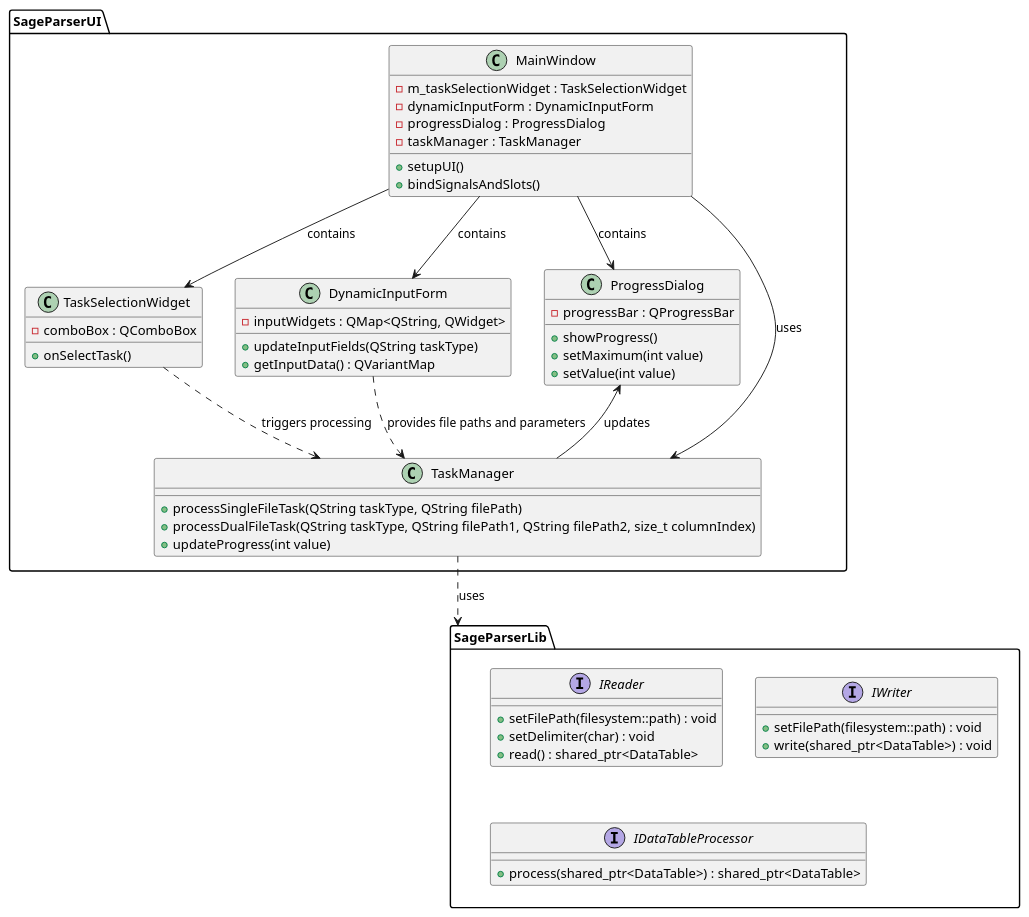
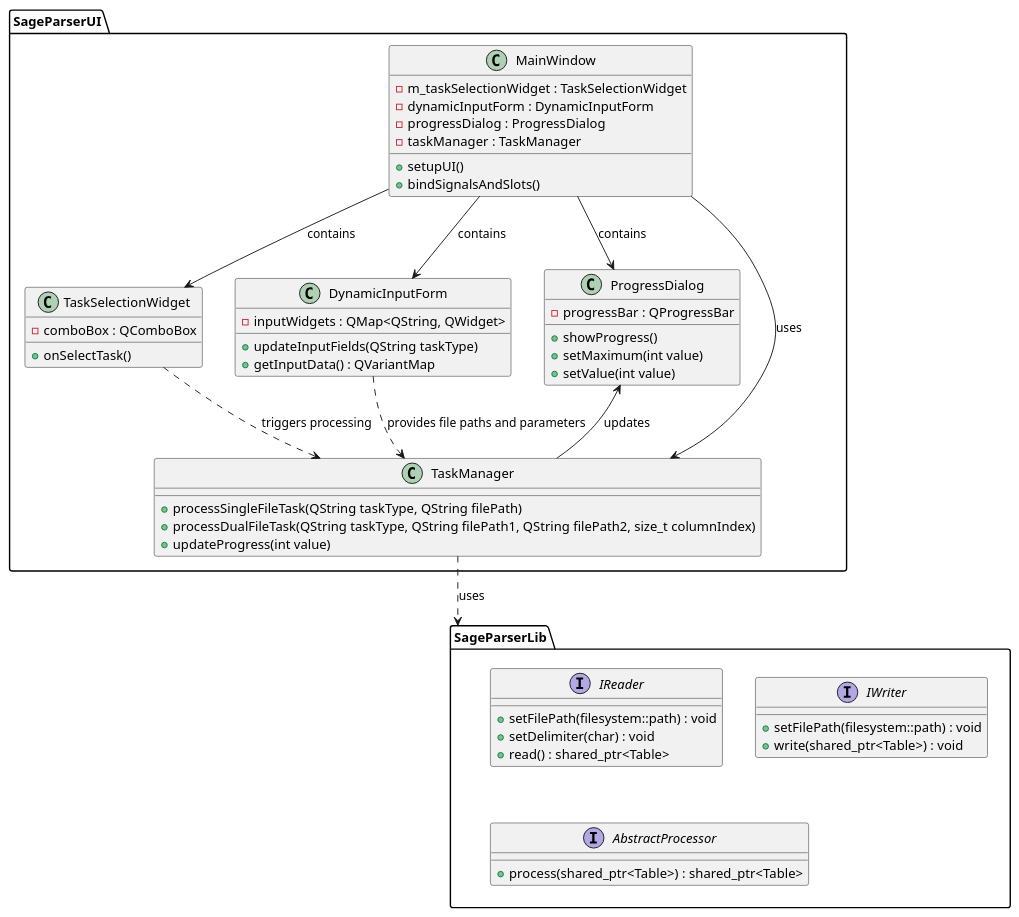
Before and after one commit to Sage-Cat/SageParser: the diagram in docs/Ui_Design.puml, drawn with PlantUML. The commit also changed 39 other files, not shown here.

```diff
--- a/docs/Ui_Design.puml
+++ b/docs/Ui_Design.puml
@@ -1,69 +1,69 @@
 @startuml
 
 package SageParserUI {
 
     class MainWindow {
         - m_taskSelectionWidget : TaskSelectionWidget
         - dynamicInputForm : DynamicInputForm
         - progressDialog : ProgressDialog
         - taskManager : TaskManager
         + setupUI()
         + bindSignalsAndSlots()
     }
 
     class TaskSelectionWidget {
         - comboBox : QComboBox
         + onSelectTask()
     }
 
     class DynamicInputForm {
         - inputWidgets : QMap<QString, QWidget>
         + updateInputFields(QString taskType)
         + getInputData() : QVariantMap
     }
 
     class ProgressDialog {
         - progressBar : QProgressBar
         + showProgress()
         + setMaximum(int value)
         + setValue(int value)
     }
 
     class TaskManager {
         + processSingleFileTask(QString taskType, QString filePath)
         + processDualFileTask(QString taskType, QString filePath1, QString filePath2, size_t columnIndex)
         + updateProgress(int value)
     }
 }
 
 package SageParserLib {
 
     interface IReader {
         + setFilePath(filesystem::path) : void
         + setDelimiter(char) : void
-        + read() : shared_ptr<DataTable>
+        + read() : shared_ptr<Table>
     }
 
     interface IWriter {
         + setFilePath(filesystem::path) : void
-        + write(shared_ptr<DataTable>) : void
+        + write(shared_ptr<Table>) : void
     }
 
-    interface IDataTableProcessor {
-        + process(shared_ptr<DataTable>) : shared_ptr<DataTable>
+    interface AbstractProcessor {
+        + process(shared_ptr<Table>) : shared_ptr<Table>
     }
 
 }
 
 MainWindow --> TaskSelectionWidget : contains
 MainWindow --> DynamicInputForm : contains
 MainWindow --> ProgressDialog : contains
 MainWindow --> TaskManager : uses
 
 TaskSelectionWidget ..> TaskManager : triggers processing
 DynamicInputForm ..> TaskManager : provides file paths and parameters
 ProgressDialog <-- TaskManager : updates
 
 TaskManager ..> SageParserLib : uses
 
 @enduml
```
